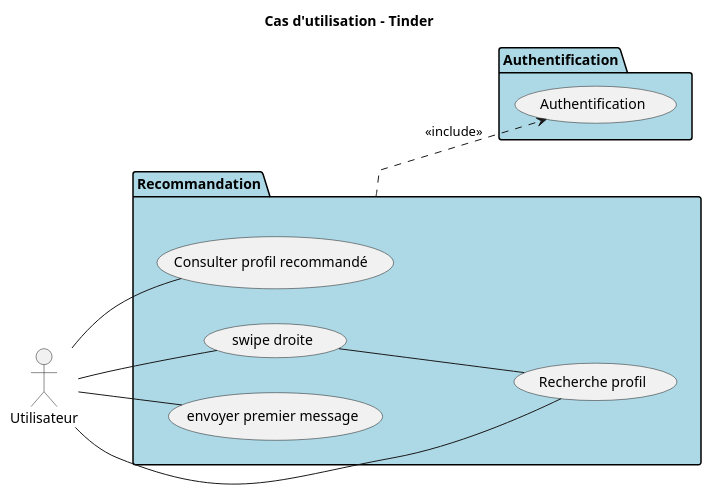
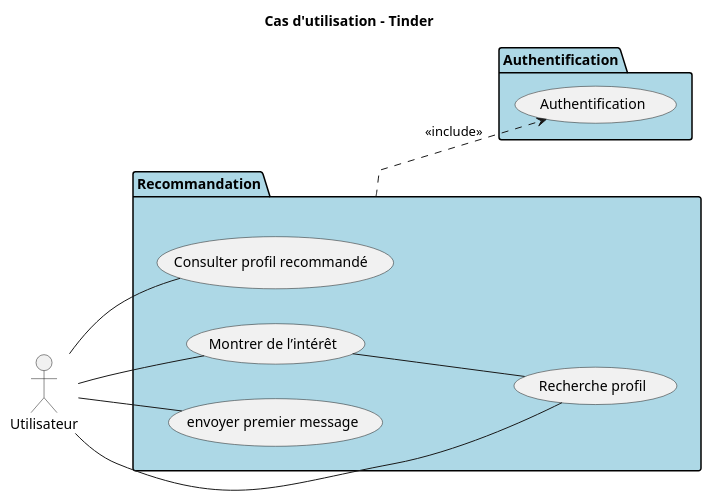
The diagram in src/Projet_Tinder_Cas_Utilisation_Recommandation.puml (MinaroliCorentin/PSO), drawn with PlantUML before and after one commit. The commit also changed 1 other file, not shown here.

Commit message:
Rename de swpie droite vers montrer de l'intérêt

```diff
--- a/src/Projet_Tinder_Cas_Utilisation_Recommandation.puml
+++ b/src/Projet_Tinder_Cas_Utilisation_Recommandation.puml
@@ -1,31 +1,31 @@
 @startuml
 
 left to right direction
 title Cas d'utilisation - Tinder
 
 actor Utilisateur
 
 package "Authentification" #LightBlue {
 
     usecase "Authentification" as auth
 
 }
 
 package "Recommandation" #LightBlue {
 
     usecase "Consulter profil recommandé " as reco_consultation
     usecase "Recherche profil" as reco_recherche
-    usecase "swipe droite" as reco_interet
+    usecase "Montrer de l’intérêt" as reco_interet
     usecase "envoyer premier message" as reco_message
 
     Utilisateur -- reco_message
     Utilisateur -- reco_consultation
     Utilisateur -- reco_interet
     Utilisateur -- reco_recherche
     reco_interet -- reco_recherche
 
 }
 
 "Recommandation" ..> auth : <<include>>
 
 @enduml
```
